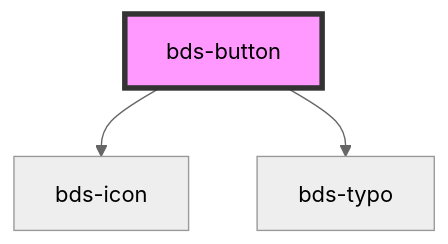
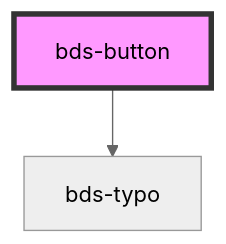
The diagram in src/components/button/readme.md (takenet/blip-ds), drawn with Mermaid (neutral theme) before and after one commit. The commit also changed other lines of this file and 207 other files, not shown here.

````diff
--- a/src/components/button/readme.md
+++ b/src/components/button/readme.md
@@ -27,6 +26,5 @@
 ```mermaid
 graph TD;
-  bds-button --> bds-icon
   bds-button --> bds-typo
   style bds-button fill:#f9f,stroke:#333,stroke-width:4px
 ```
````
